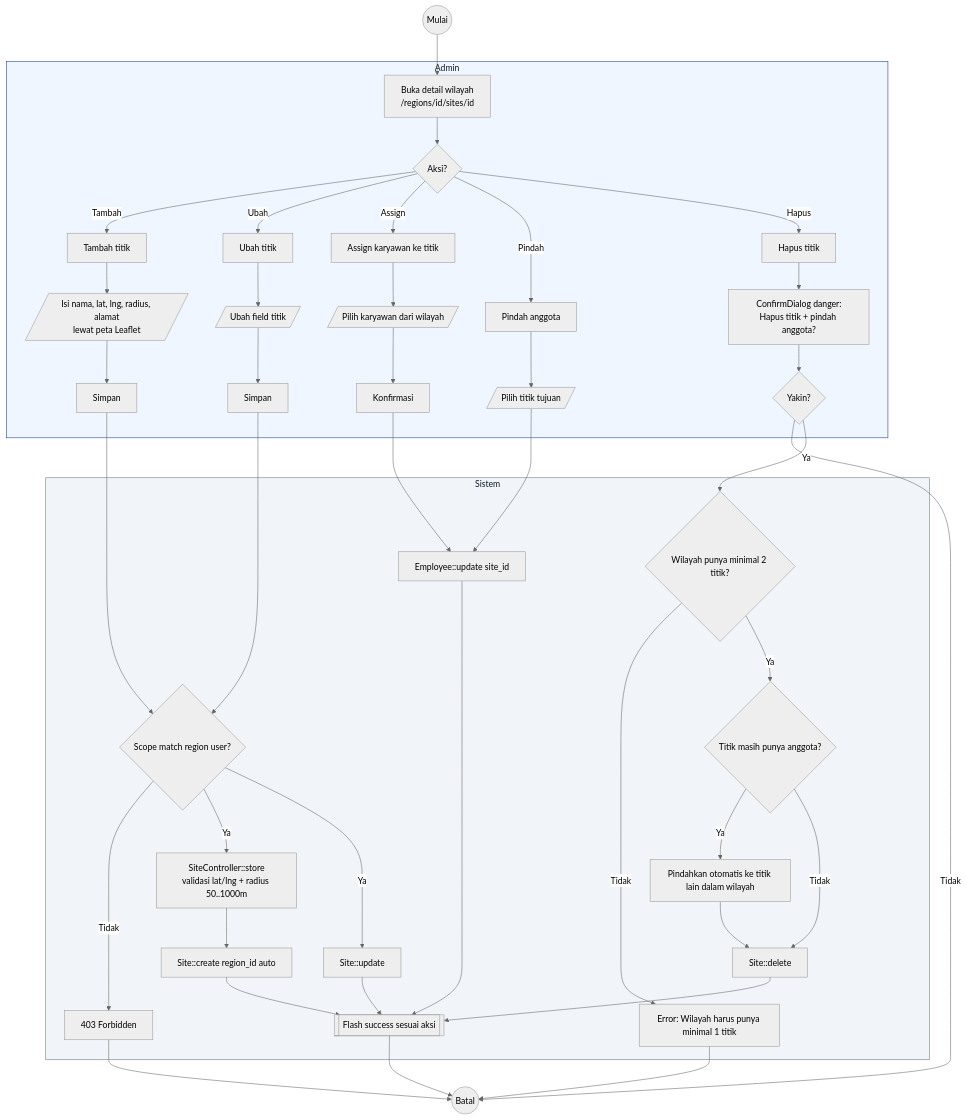
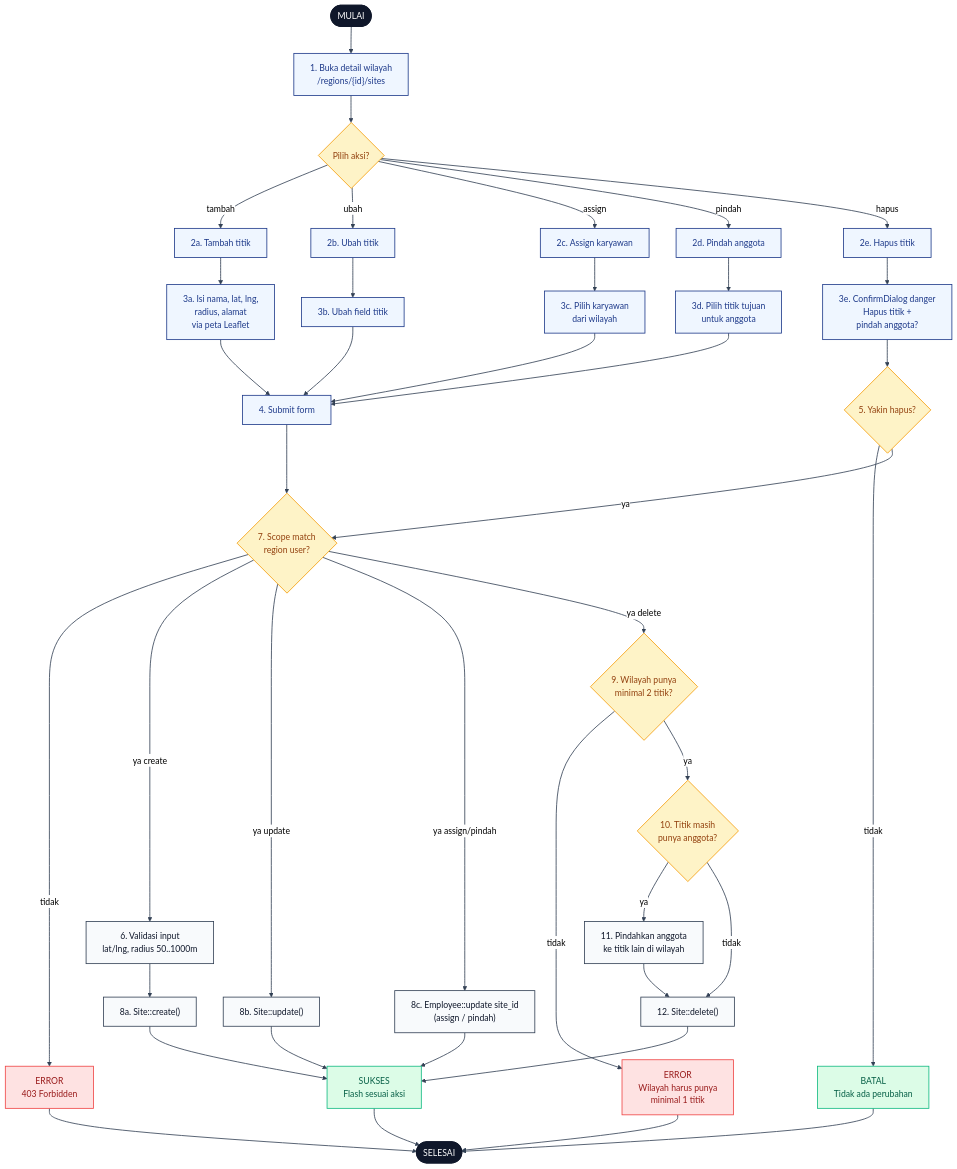
The diagram in docs/activity-diagrams/05-sites-crud.md (radacore/absensi-pu), drawn with Mermaid (neutral theme) before and after one commit. The commit also changed other lines of this file and 22 other files, not shown here.

First line of the commit message:
docs(diagram): terapkan pola mermaid flowchart TD ke 23 diagram sisanya

````diff
--- a/docs/activity-diagrams/05-sites-crud.md
+++ b/docs/activity-diagrams/05-sites-crud.md
@@ -12,81 +12,98 @@
 ```mermaid
 flowchart TD
-    Start((Mulai)) --> A1
+    START([MULAI]):::se
 
-    subgraph Admin[Admin]
-        A1[Buka detail wilayah<br/>/regions/id/sites/id]
-        A2{Aksi?}
-        A3[Tambah titik]
-        A4[/Isi nama, lat, lng, radius, alamat<br/>lewat peta Leaflet/]
-        A5[Simpan]
-        A6[Ubah titik]
-        A7[/Ubah field titik/]
-        A8[Simpan]
-        A9[Assign karyawan ke titik]
-        A10[/Pilih karyawan dari wilayah/]
-        A11[Konfirmasi]
-        A12[Pindah anggota]
-        A13[/Pilih titik tujuan/]
-        A14[Hapus titik]
-        A15[ConfirmDialog danger:<br/>Hapus titik + pindah anggota?]
-        A16{Yakin?}
-    end
+    A1["1. Buka detail wilayah<br/>/regions/{id}/sites"]:::user
+    D1{"Pilih aksi?"}:::dec
 
-    subgraph Sistem[Sistem]
-        S1[SiteController::store<br/>validasi lat/lng + radius 50..1000m]
-        S2[Site::create region_id auto]
-        S3{Scope match region user?}
-        S4[403 Forbidden]
-        S5[Site::update]
-        S6[Employee::update site_id]
-        S7{Titik masih punya anggota?}
-        S8[Pindahkan otomatis ke titik lain dalam wilayah]
-        S9{Wilayah punya minimal 2 titik?}
-        S10[Error: Wilayah harus punya minimal 1 titik]
-        S11[Site::delete]
-        S12[[Flash success sesuai aksi]]
-    end
+    A2a["2a. Tambah titik"]:::user
+    A2b["2b. Ubah titik"]:::user
+    A2c["2c. Assign karyawan"]:::user
+    A2d["2d. Pindah anggota"]:::user
+    A2e["2e. Hapus titik"]:::user
 
-    A1 --> A2
-    A2 -->|Tambah| A3
-    A3 --> A4
-    A4 --> A5
-    A5 --> S3
-    S3 -->|Tidak| S4
-    S3 -->|Ya| S1
+    A3a["3a. Isi nama, lat, lng,<br/>radius, alamat<br/>via peta Leaflet"]:::user
+    A3b["3b. Ubah field titik"]:::user
+    A3c["3c. Pilih karyawan<br/>dari wilayah"]:::user
+    A3d["3d. Pilih titik tujuan<br/>untuk anggota"]:::user
+    A3e["3e. ConfirmDialog danger<br/>Hapus titik +<br/>pindah anggota?"]:::user
+
+    A4["4. Submit form"]:::user
+    D2{"5. Yakin hapus?"}:::dec
+
+    S1["6. Validasi input<br/>lat/lng, radius 50..1000m"]:::sys
+    D3{"7. Scope match<br/>region user?"}:::dec
+
+    S2["8a. Site::create()"]:::sys
+    S3["8b. Site::update()"]:::sys
+    S4["8c. Employee::update site_id<br/>(assign / pindah)"]:::sys
+
+    D4{"9. Wilayah punya<br/>minimal 2 titik?"}:::dec
+    D5{"10. Titik masih<br/>punya anggota?"}:::dec
+    S5["11. Pindahkan anggota<br/>ke titik lain di wilayah"]:::sys
+    S6["12. Site::delete()"]:::sys
+
+    E1["ERROR<br/>403 Forbidden"]:::err
+    E2["ERROR<br/>Wilayah harus punya<br/>minimal 1 titik"]:::err
+    CANCEL["BATAL<br/>Tidak ada perubahan"]:::ok
+    OK["SUKSES<br/>Flash sesuai aksi"]:::ok
+    END([SELESAI]):::se
+
+    START --> A1
+    A1 --> D1
+
+    D1 -->|tambah| A2a
+    A2a --> A3a
+    A3a --> A4
+    A4 --> D3
+
+    D1 -->|ubah| A2b
+    A2b --> A3b
+    A3b --> A4
+
+    D1 -->|assign| A2c
+    A2c --> A3c
+    A3c --> A4
+
+    D1 -->|pindah| A2d
+    A2d --> A3d
+    A3d --> A4
+
+    D1 -->|hapus| A2e
+    A2e --> A3e
+    A3e --> D2
+    D2 -->|tidak| CANCEL
+    D2 -->|ya| D3
+
+    D3 -->|tidak| E1
+    D3 -->|ya create| S1
+    D3 -->|ya update| S3
+    D3 -->|ya assign/pindah| S4
+    D3 -->|ya delete| D4
+
     S1 --> S2
-    S2 --> S12
-    A2 -->|Ubah| A6
-    A6 --> A7
-    A7 --> A8
-    A8 --> S3
-    S3 -->|Ya| S5
-    S5 --> S12
-    A2 -->|Assign| A9
-    A9 --> A10
-    A10 --> A11
-    A11 --> S6
-    S6 --> S12
-    A2 -->|Pindah| A12
-    A12 --> A13
-    A13 --> S6
-    A2 -->|Hapus| A14
-    A14 --> A15
-    A15 --> A16
-    A16 -->|Tidak| End((Batal))
-    A16 -->|Ya| S9
-    S9 -->|Tidak| S10
-    S9 -->|Ya| S7
-    S7 -->|Ya| S8
-    S8 --> S11
-    S7 -->|Tidak| S11
-    S11 --> S12
-    S12 --> End
-    S4 --> End
-    S10 --> End
+    S2 --> OK
+    S3 --> OK
+    S4 --> OK
 
-    classDef actor fill:#EFF6FF,stroke:#1E3A8A,stroke-width:1px,color:#0F172A
-    classDef system fill:#F1F5F9,stroke:#64748B,stroke-width:1px,color:#0F172A
-    class Admin actor
-    class Sistem system
+    D4 -->|tidak| E2
+    D4 -->|ya| D5
+    D5 -->|ya| S5
+    D5 -->|tidak| S6
+    S5 --> S6
+    S6 --> OK
+
+    OK --> END
+    CANCEL --> END
+    E1 --> END
+    E2 --> END
+
+    classDef se fill:#0F172A,stroke:#0F172A,color:#fff,stroke-width:2px
+    classDef user fill:#EFF6FF,stroke:#1E3A8A,color:#1E3A8A,stroke-width:1.5px
+    classDef sys fill:#F8FAFC,stroke:#334155,color:#0F172A,stroke-width:1.5px
+    classDef dec fill:#FEF3C7,stroke:#F59E0B,color:#92400E,stroke-width:1.5px
+    classDef err fill:#FEE2E2,stroke:#EF4444,color:#991B1B,stroke-width:1.5px
+    classDef ok fill:#DCFCE7,stroke:#10B981,color:#065F46,stroke-width:1.5px
+
+    linkStyle default stroke:#334155,stroke-width:1.5px
 ```
````
